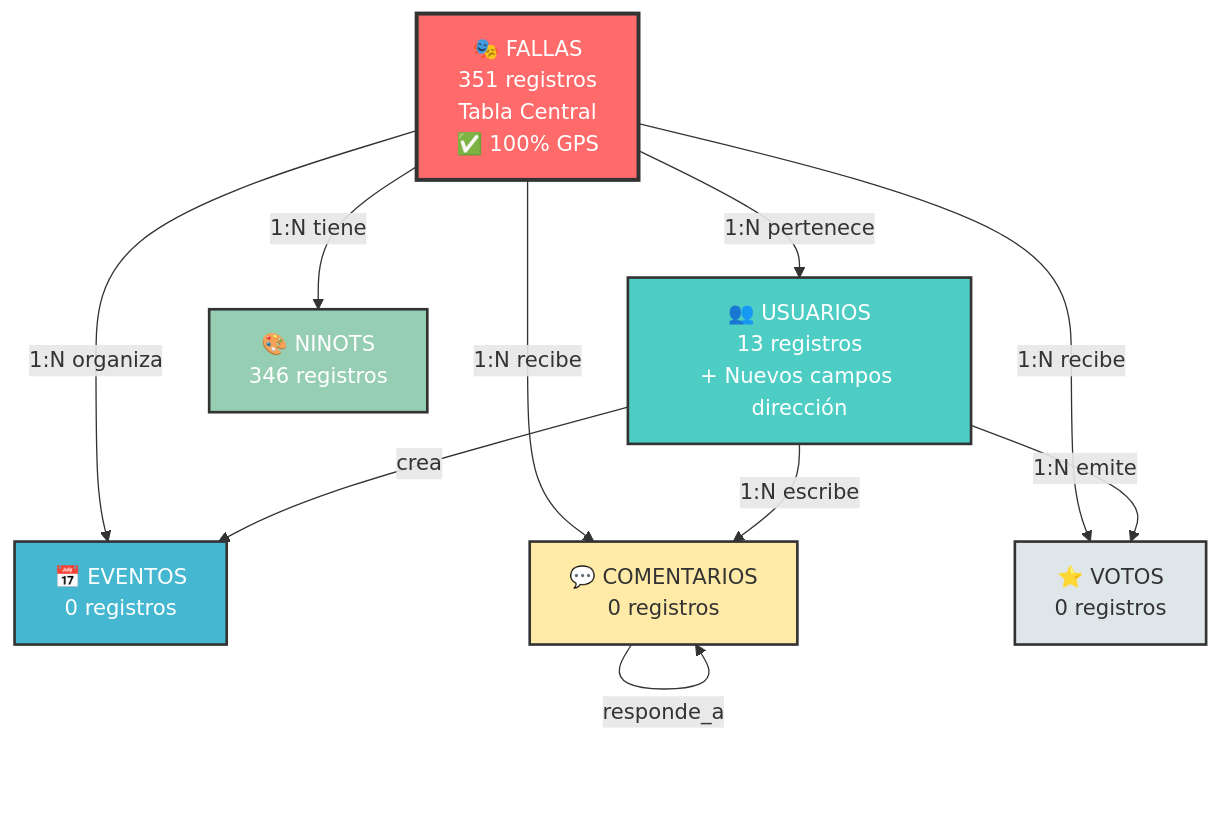
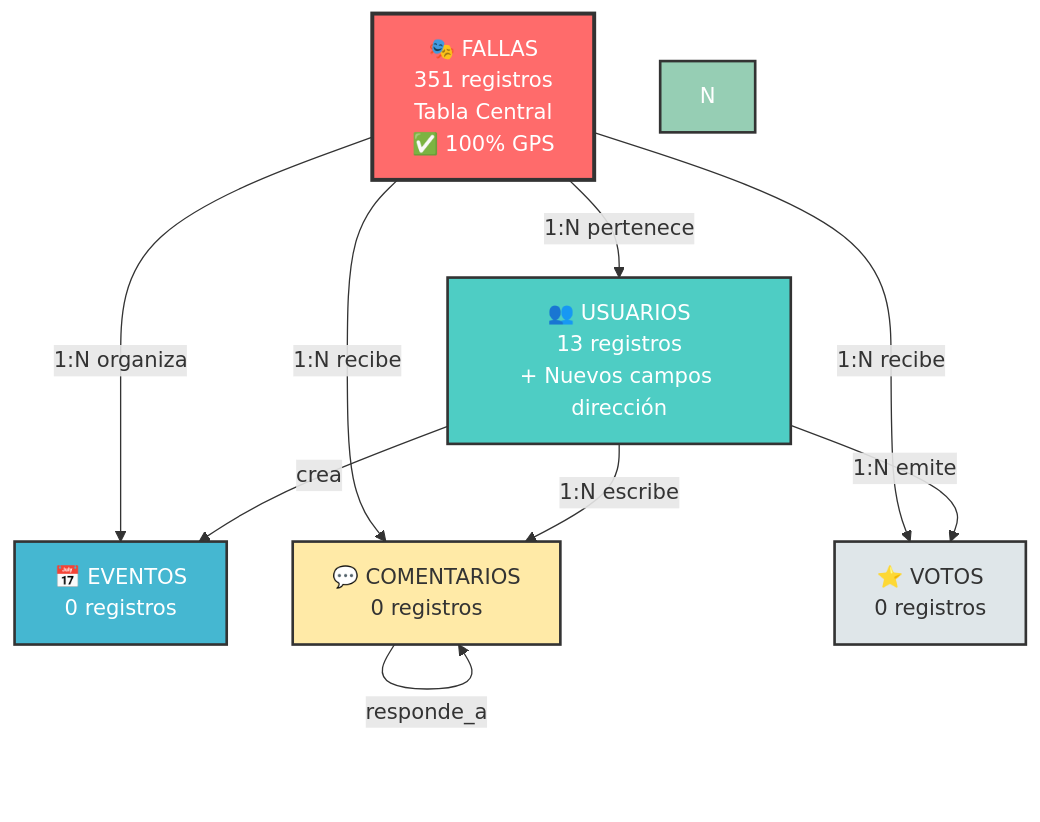
Before and after one commit to danrodgue/FallApp: the second of 2 diagrams in 04.docs/DB.SCHEMA.md, drawn with Mermaid. The commit also changed other lines of this file and 30 other files, not shown here.

````diff
--- a/04.docs/DB.SCHEMA.md
+++ b/04.docs/DB.SCHEMA.md
@@ -188,28 +183,28 @@
 ```mermaid
 graph TB
     F[🎭 FALLAS<br/>351 registros<br/>Tabla Central<br/>✅ 100% GPS]
     U[👥 USUARIOS<br/>13 registros<br/>+ Nuevos campos dirección]
     E[📅 EVENTOS<br/>0 registros]
-    N[🎨 NINOTS<br/>346 registros]
+    
     C[💬 COMENTARIOS<br/>0 registros]
     V[⭐ VOTOS<br/>0 registros]
     
     F -->|1:N pertenece| U
     F -->|1:N organiza| E
-    F -->|1:N tiene| N
+    
     F -->|1:N recibe| C
     F -->|1:N recibe| V
     
     U -->|1:N emite| V
     U -->|1:N escribe| C
     U -->|crea| E
     
     C -->|responde_a| C
     
     style F fill:#ff6b6b,stroke:#333,stroke-width:3px,color:#fff
     style U fill:#4ecdc4,stroke:#333,stroke-width:2px,color:#fff
     style E fill:#45b7d1,stroke:#333,stroke-width:2px,color:#fff
     style N fill:#96ceb4,stroke:#333,stroke-width:2px,color:#fff
     style C fill:#ffeaa7,stroke:#333,stroke-width:2px,color:#333
     style V fill:#dfe6e9,stroke:#333,stroke-width:2px,color:#333
 ```
````
